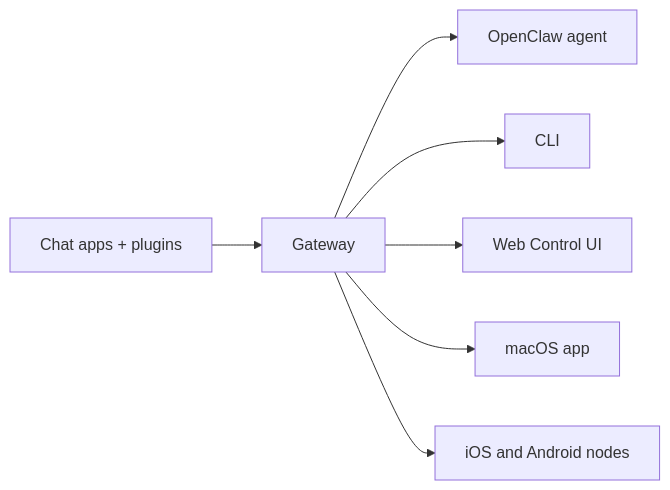
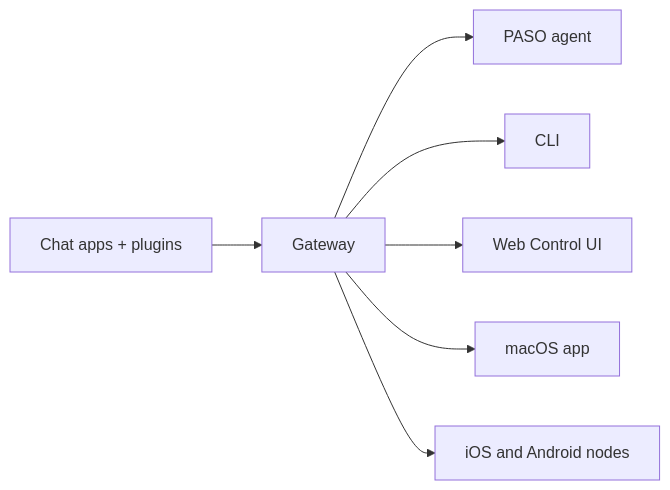
Before and after one commit to celaya-solutions/PASO-AGENT: the diagram in docs/index.md, drawn with Mermaid. The commit also changed other lines of this file and 4928 other files, not shown here.

Commit message:
Rebrand OpenClaw user surfaces as PASO

````diff
--- a/docs/index.md
+++ b/docs/index.md
@@ -108,9 +99,9 @@
 ```mermaid
 flowchart LR
   A["Chat apps + plugins"] --> B["Gateway"]
-  B --> C["OpenClaw agent"]
+  B --> C["PASO agent"]
   B --> D["CLI"]
   B --> E["Web Control UI"]
   B --> F["macOS app"]
   B --> G["iOS and Android nodes"]
 ```
````
